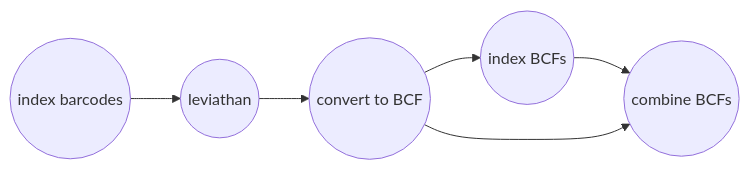
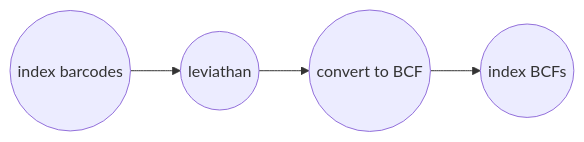
The second of 2 diagrams in docs/variantcalling.md (pdimens/harpy), drawn with Mermaid before and after one commit. The commit also changed other lines of this file, not shown here.

Commit message:
fix flow chart

````diff
--- a/docs/variantcalling.md
+++ b/docs/variantcalling.md
@@ -57,8 +58,6 @@
 ```mermaid
 graph LR
     A((index barcodes)) --> B((leviathan))
     B-->C((convert to BCF))
     C-->D((index BCFs))
-    D-->E((combine BCFs))
-    C-->E
 ```
````
